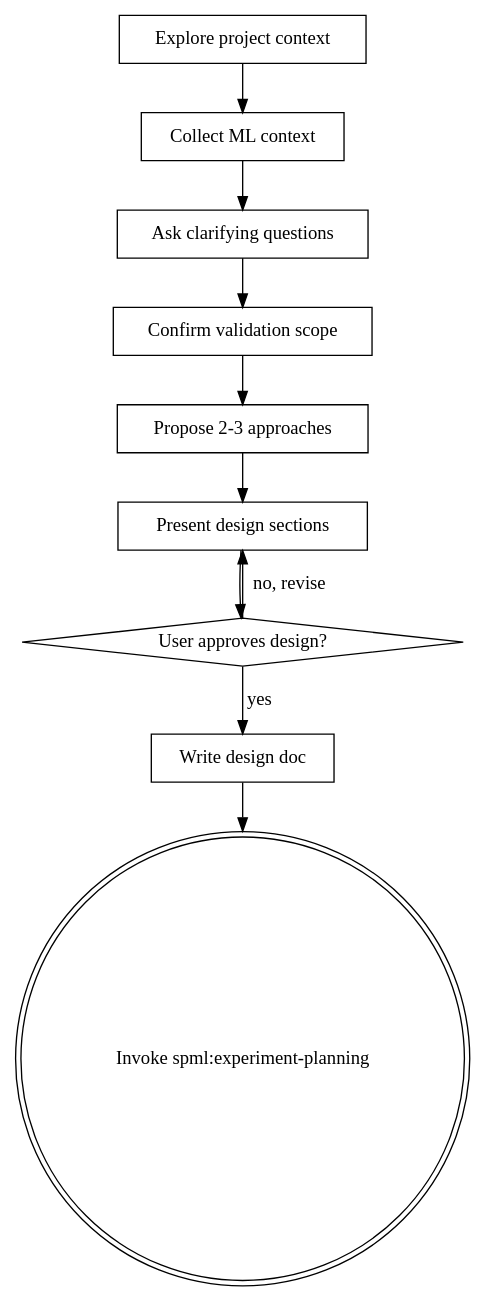
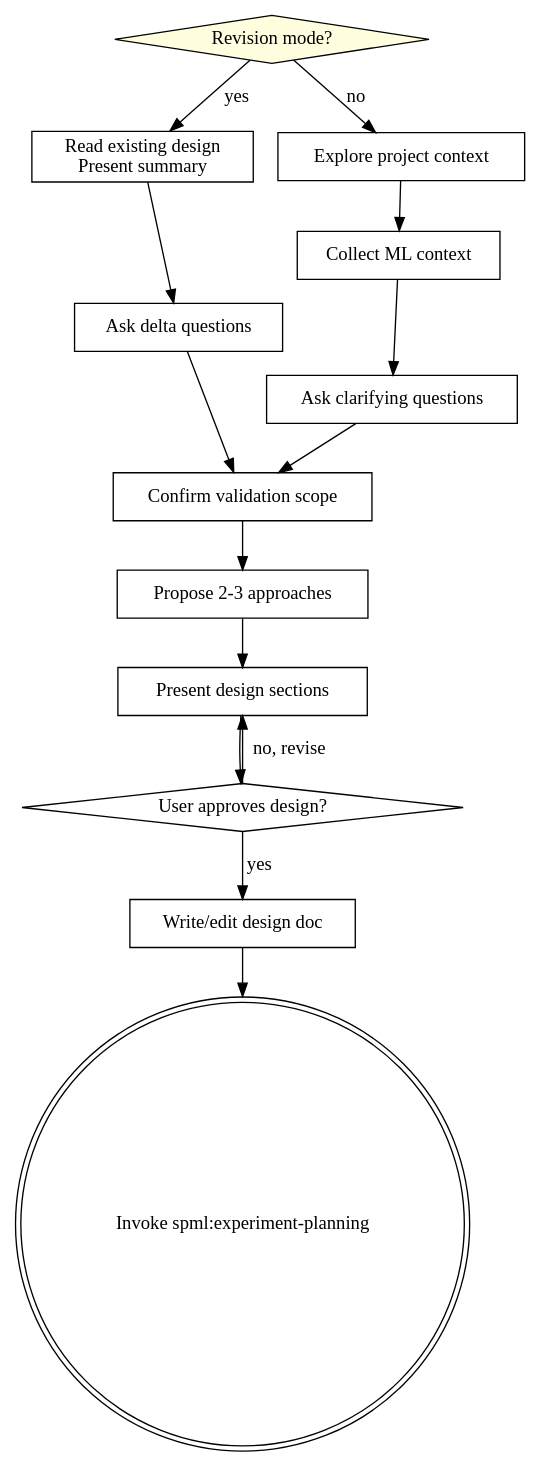
One commit to qqhard/superpowers-ML changed the diagram in skills/ml-brainstorming/SKILL.md. Above: the diagram before and after it, drawn with Graphviz. The commit also changed other lines of this file, not shown here.

Commit message:
feat(ml-brainstorming): add revision mode for existing experiment designs

````diff
--- a/skills/ml-brainstorming/SKILL.md
+++ b/skills/ml-brainstorming/SKILL.md
@@ -39,23 +80,30 @@
 ```dot
 digraph ml_brainstorming {
+    "Revision mode?" [shape=diamond style=filled fillcolor=lightyellow];
+    "Read existing design\nPresent summary" [shape=box];
+    "Ask delta questions" [shape=box];
     "Explore project context" [shape=box];
     "Collect ML context" [shape=box];
     "Ask clarifying questions" [shape=box];
     "Confirm validation scope" [shape=box];
     "Propose 2-3 approaches" [shape=box];
     "Present design sections" [shape=box];
     "User approves design?" [shape=diamond];
-    "Write design doc" [shape=box];
+    "Write/edit design doc" [shape=box];
     "Invoke spml:experiment-planning" [shape=doublecircle];
 
+    "Revision mode?" -> "Read existing design\nPresent summary" [label="yes"];
+    "Revision mode?" -> "Explore project context" [label="no"];
+    "Read existing design\nPresent summary" -> "Ask delta questions";
+    "Ask delta questions" -> "Confirm validation scope";
     "Explore project context" -> "Collect ML context";
     "Collect ML context" -> "Ask clarifying questions";
     "Ask clarifying questions" -> "Confirm validation scope";
     "Confirm validation scope" -> "Propose 2-3 approaches";
     "Propose 2-3 approaches" -> "Present design sections";
     "Present design sections" -> "User approves design?";
     "User approves design?" -> "Present design sections" [label="no, revise"];
-    "User approves design?" -> "Write design doc" [label="yes"];
-    "Write design doc" -> "Invoke spml:experiment-planning";
+    "User approves design?" -> "Write/edit design doc" [label="yes"];
+    "Write/edit design doc" -> "Invoke spml:experiment-planning";
 }
 ```
````
